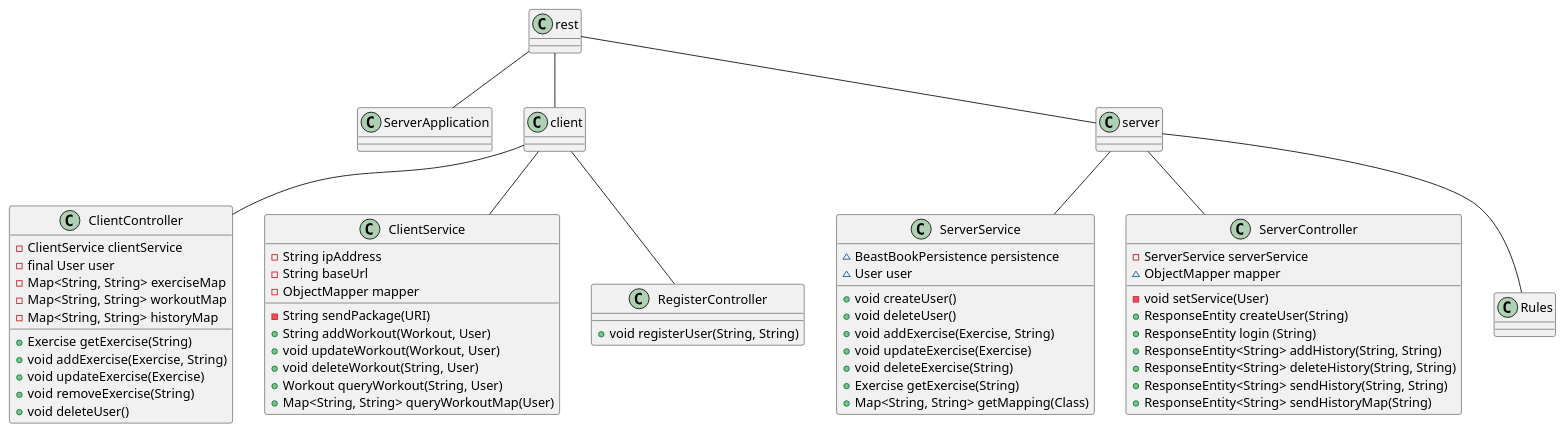
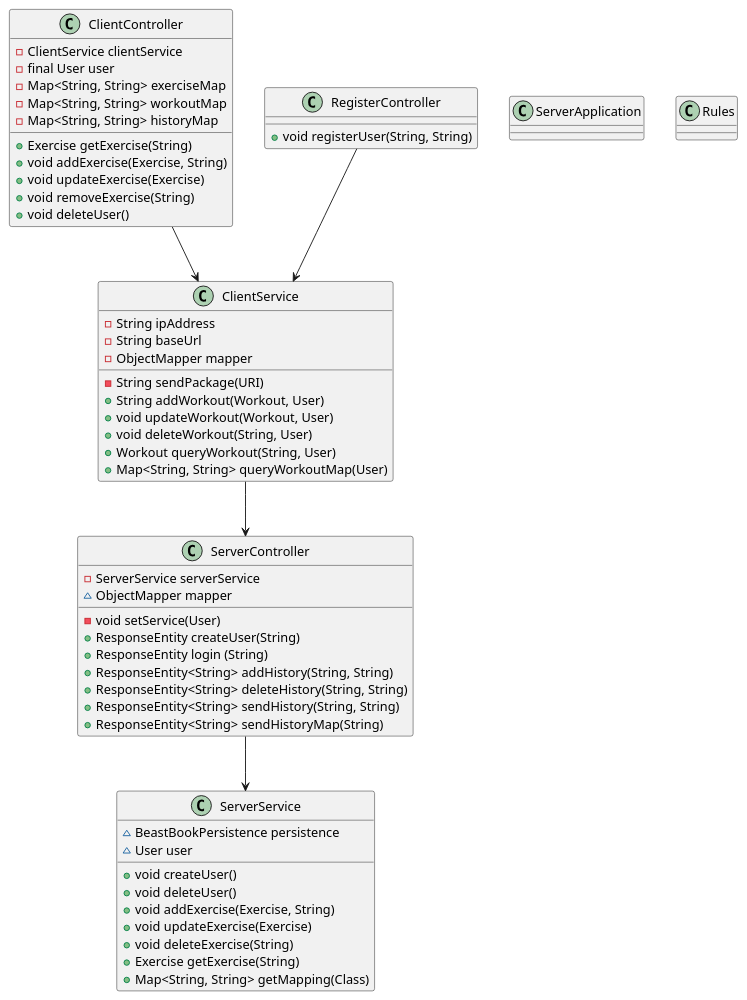
Before and after one commit to Madt2/IT1901-Prosjekt-host-2021: the diagram in docs/diagrams/restDiagram.puml, drawn with PlantUML. The commit also changed 4 other files, not shown here.

Commit message:
Updated and changed setup in class diagrams for architecture, json, core and rest.

```diff
--- a/docs/diagrams/restDiagram.puml
+++ b/docs/diagrams/restDiagram.puml
@@ -1,73 +1,80 @@
 @startuml Rest Diagram
 
 class ClientController {
   -ClientService clientService
   -final User user
   -Map<String, String> exerciseMap
   -Map<String, String> workoutMap
   -Map<String, String> historyMap
   +Exercise getExercise(String)
   +void addExercise(Exercise, String)
   +void updateExercise(Exercise)
   +void removeExercise(String)
   +void deleteUser()
 }
 
 class ClientService {
   -String ipAddress
   -String baseUrl
   -ObjectMapper mapper
   -String sendPackage(URI)
   +String addWorkout(Workout, User)
   +void updateWorkout(Workout, User)
   +void deleteWorkout(String, User)
   +Workout queryWorkout(String, User)
   +Map<String, String> queryWorkoutMap(User)
 }
 
 class RegisterController {
   +void registerUser(String, String)
 }
 
 class ServerService {
   ~BeastBookPersistence persistence
   ~User user
   +void createUser()
   +void deleteUser()
   +void addExercise(Exercise, String)
   +void updateExercise(Exercise)
   +void deleteExercise(String)
   +Exercise getExercise(String)
   +Map<String, String> getMapping(Class)
 }
 
 class ServerController {
   -ServerService serverService
   ~ObjectMapper mapper
   -void setService(User)
   +ResponseEntity createUser(String)
   +ResponseEntity login (String)
   +ResponseEntity<String> addHistory(String, String)
   +ResponseEntity<String> deleteHistory(String, String)
   +ResponseEntity<String> sendHistory(String, String)
   +ResponseEntity<String> sendHistoryMap(String)
 }
 
 class ServerApplication {
 
 }
 
 class Rules {
 }
 
+ClientController --> ClientService
+ClientService --> ServerController
+ServerController --> ServerService
+RegisterController --> ClientService
+
+/'
 rest -- client
 rest -- server
 rest -- ServerApplication
 
 client -- ClientService
 client -- ClientController
 client -- RegisterController
 server -- ServerService
 server -- ServerController
 server -- Rules
+'/
 @enduml
```
